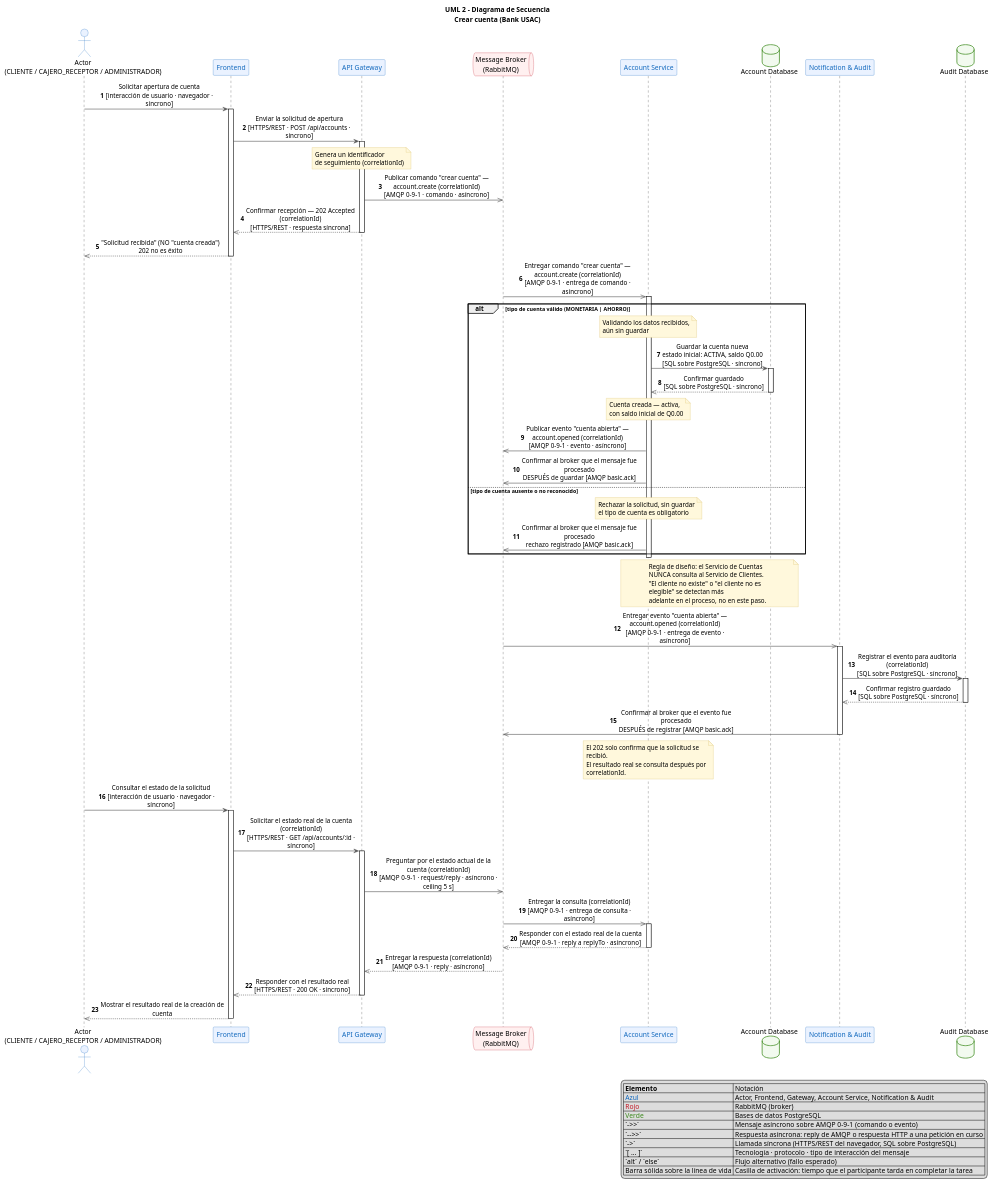
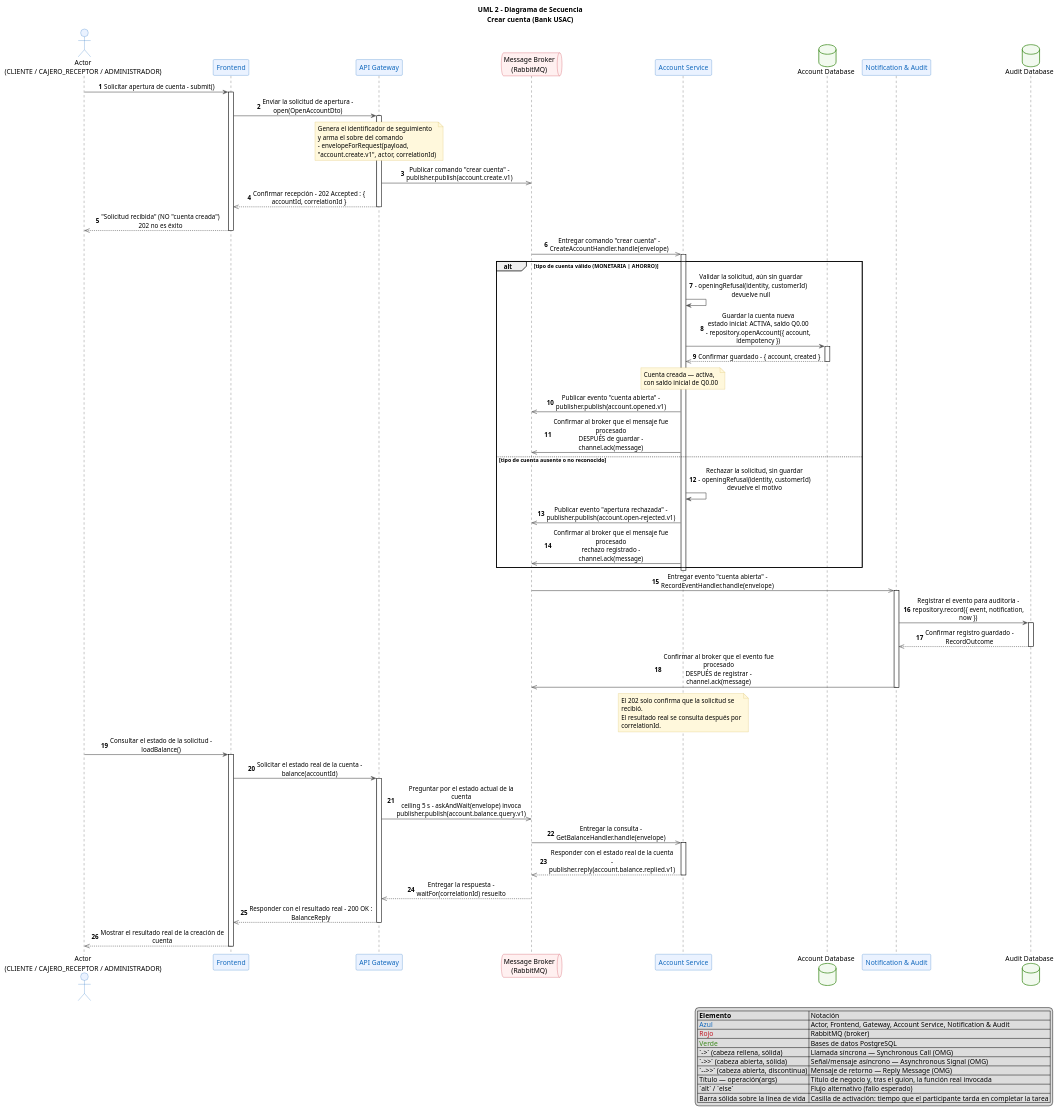
One commit to marcosbondel/Proyecto-SA-B-2 changed the diagram in docs/architecture/diagrams/06-uml-secuencia-crear-cuenta.puml. Above: the diagram before and after it, drawn with PlantUML. The commit also changed 38 other files, not shown here.

Commit message:
feat: implement core banking modules, infrastructure architecture diagrams, and user documentation

```diff
--- a/docs/architecture/diagrams/06-uml-secuencia-crear-cuenta.puml
+++ b/docs/architecture/diagrams/06-uml-secuencia-crear-cuenta.puml
@@ -1,135 +1,132 @@
-@startuml
-' Bank USAC - UML 2 Sequence Diagram - Crear cuenta
-' Caso de uso 2 (docs/domain/use-cases.md). Misma estructura y convenciones que el
-' Mermaid equivalente (06-uml-secuencia-crear-cuenta.mmd); ambos deben coincidir.
-' Las casillas de activacion (activate/deactivate) muestran cuanto tiempo mantiene
-' cada participante una tarea en curso.
-' Cada mensaje declara la accion de negocio y, entre corchetes, su tecnologia,
-' protocolo y tipo de interaccion (sincrona o asincrona; comando, evento o
-' request/reply), como exige el enunciado (§4.2, "Tipo de comunicacion").
+  @startuml
+  ' Bank USAC - UML 2 Sequence Diagram - Crear cuenta
+  ' Caso de uso 2 (docs/domain/use-cases.md).
+  ' Notacion UML 2 nativa (OMG, Sequence Diagram §17.4.4 / §17.11 Message): la
+  ' etiqueta de cada mensaje lleva unicamente el nombre de la operacion/senal
+  ' invocada (y sus argumentos), nunca el protocolo ni la sincronia. Esas dos
+  ' cosas se leen en la firma grafica de la flecha:
+  '   ->   cabeza rellena, linea solida  -> llamada sincrona (Synchronous Call)
+  '   ->>  cabeza abierta,  linea solida  -> envio de senal/mensaje asincrono
+  '                                          (Asynchronous Signal)
+  '   -->> cabeza abierta,  linea discontinua -> mensaje de retorno (Reply Message)
+  ' Cada mensaje trae ademas un titulo para stakeholders (la accion de negocio
+  ' que representa) seguido, tras un guion, del nombre real de la funcion que la
+  ' realiza en el codigo — verificado contra el repositorio, no inventado.
+  ' Las casillas de activacion (activate/deactivate) muestran cuanto tiempo
+  ' mantiene cada participante una tarea en curso.
 
-title UML 2 - Diagrama de Secuencia\nCrear cuenta (Bank USAC)
+  title UML 2 - Diagrama de Secuencia\nCrear cuenta (Bank USAC)
 
-skinparam shadowing false
-skinparam defaultFontName "Segoe UI"
-skinparam ArrowColor #555555
-skinparam ArrowThickness 1.2
-skinparam sequenceMessageAlign center
-skinparam maxMessageSize 260
-skinparam wrapWidth 260
-skinparam noteBackgroundColor #FFF8DC
-skinparam noteBorderColor #D6B656
-skinparam ParticipantBorderColor #1168BD
-skinparam ParticipantBackgroundColor #EAF2FF
-skinparam ParticipantFontColor #1168BD
-skinparam ActorBorderColor #1168BD
-skinparam ActorBackgroundColor #EAF2FF
-skinparam QueueBorderColor #C11926
-skinparam QueueBackgroundColor #FFF0F0
-skinparam DatabaseBorderColor #398819
-skinparam DatabaseBackgroundColor #F2FAEF
-skinparam LifeLineBorderColor #1168BD
-skinparam ActivationBorderColor #1168BD
-skinparam ActivationBackgroundColor #C6DBF7
+  skinparam shadowing false
+  skinparam defaultFontName "Segoe UI"
+  skinparam ArrowColor #555555
+  skinparam ArrowThickness 1.2
+  skinparam sequenceMessageAlign center
+  skinparam maxMessageSize 260
+  skinparam wrapWidth 260
+  skinparam noteBackgroundColor #FFF8DC
+  skinparam noteBorderColor #D6B656
+  skinparam ParticipantBorderColor #1168BD
+  skinparam ParticipantBackgroundColor #EAF2FF
+  skinparam ParticipantFontColor #1168BD
+  skinparam ActorBorderColor #1168BD
+  skinparam ActorBackgroundColor #EAF2FF
+  skinparam QueueBorderColor #C11926
+  skinparam QueueBackgroundColor #FFF0F0
+  skinparam DatabaseBorderColor #398819
+  skinparam DatabaseBackgroundColor #F2FAEF
+  skinparam LifeLineBorderColor #1168BD
+  skinparam ActivationBorderColor #1168BD
+  skinparam ActivationBackgroundColor #C6DBF7
 
-legend right
-    |= Elemento | Notación |
-    | <color:#1168BD>Azul</color> | Actor, Frontend, Gateway, Account Service, Notification & Audit |
-    | <color:#C11926>Rojo</color> | RabbitMQ (broker) |
-    | <color:#398819>Verde</color> | Bases de datos PostgreSQL |
-    | `->>` | Mensaje asíncrono sobre AMQP 0-9-1 (comando o evento) |
-    | `-->>` | Respuesta asíncrona: reply de AMQP o respuesta HTTP a una petición en curso |
-    | `->` | Llamada síncrona (HTTPS/REST del navegador, SQL sobre PostgreSQL) |
-    | `[ … ]` | Tecnología · protocolo · tipo de interacción del mensaje |
-    | `alt` / `else` | Flujo alternativo (fallo esperado) |
-    | Barra sólida sobre la línea de vida | Casilla de activación: tiempo que el participante tarda en completar la tarea |
-endlegend
+  legend right
+      |= Elemento | Notación |
+      | <color:#1168BD>Azul</color> | Actor, Frontend, Gateway, Account Service, Notification & Audit |
+      | <color:#C11926>Rojo</color> | RabbitMQ (broker) |
+      | <color:#398819>Verde</color> | Bases de datos PostgreSQL |
+      | `->` (cabeza rellena, sólida) | Llamada síncrona — Synchronous Call (OMG) |
+      | `->>` (cabeza abierta, sólida) | Señal/mensaje asíncrono — Asynchronous Signal (OMG) |
+      | `-->>` (cabeza abierta, discontinua) | Mensaje de retorno — Reply Message (OMG) |
+      | Título — operación(args) | Título de negocio y, tras el guion, la función real invocada |
+      | `alt` / `else` | Flujo alternativo (fallo esperado) |
+      | Barra sólida sobre la línea de vida | Casilla de activación: tiempo que el participante tarda en completar la tarea |
+  endlegend
 
-actor "Actor\n(CLIENTE / CAJERO_RECEPTOR / ADMINISTRADOR)" as Actor
-participant "Frontend" as Frontend
-participant "API Gateway" as Gateway
-queue "Message Broker\n(RabbitMQ)" as Broker
-participant "Account Service" as Account
-database "Account Database" as AccountDB
-participant "Notification & Audit" as Notif
-database "Audit Database" as AuditDB
+  actor "Actor\n(CLIENTE / CAJERO_RECEPTOR / ADMINISTRADOR)" as Actor
+  participant "Frontend" as Frontend
+  participant "API Gateway" as Gateway
+  queue "Message Broker\n(RabbitMQ)" as Broker
+  participant "Account Service" as Account
+  database "Account Database" as AccountDB
+  participant "Notification & Audit" as Notif
+  database "Audit Database" as AuditDB
 
-autonumber
+  autonumber
 
-Actor -> Frontend : Solicitar apertura de cuenta\n[interacción de usuario · navegador · síncrono]
-activate Frontend
-Frontend -> Gateway : Enviar la solicitud de apertura\n[HTTPS/REST · POST /api/accounts · síncrono]
-activate Gateway
-note over Gateway
-  Genera un identificador
-  de seguimiento (correlationId)
-end note
+  Actor -> Frontend : Solicitar apertura de cuenta - submit()
+  activate Frontend
+  Frontend -> Gateway : Enviar la solicitud de apertura - open(OpenAccountDto)
+  activate Gateway
+  note over Gateway
+    Genera el identificador de seguimiento
+    y arma el sobre del comando
+    - envelopeForRequest(payload, "account.create.v1", actor, correlationId)
+  end note
 
-Gateway ->> Broker : Publicar comando "crear cuenta" — account.create (correlationId)\n[AMQP 0-9-1 · comando · asíncrono]
-Gateway -->> Frontend : Confirmar recepción — 202 Accepted (correlationId)\n[HTTPS/REST · respuesta síncrona]
-deactivate Gateway
-Frontend -->> Actor : "Solicitud recibida" (NO "cuenta creada")\n202 no es éxito
-deactivate Frontend
+  Gateway ->> Broker : Publicar comando "crear cuenta" - publisher.publish(account.create.v1)
+  Gateway -->> Frontend : Confirmar recepción - 202 Accepted : { accountId, correlationId }
+  deactivate Gateway
+  Frontend -->> Actor : "Solicitud recibida" (NO "cuenta creada")\n202 no es éxito
+  deactivate Frontend
 
-Broker ->> Account : Entregar comando "crear cuenta" — account.create (correlationId)\n[AMQP 0-9-1 · entrega de comando · asíncrono]
-activate Account
+  Broker ->> Account : Entregar comando "crear cuenta" - CreateAccountHandler.handle(envelope)
+  activate Account
 
-alt tipo de cuenta válido (MONETARIA | AHORRO)
-    note over Account
-      Validando los datos recibidos,
-      aún sin guardar
-    end note
-    Account -> AccountDB : Guardar la cuenta nueva\nestado inicial: ACTIVA, saldo Q0.00\n[SQL sobre PostgreSQL · síncrono]
-    activate AccountDB
-    AccountDB -->> Account : Confirmar guardado\n[SQL sobre PostgreSQL · síncrono]
-    deactivate AccountDB
-    note over Account
-      Cuenta creada — activa,
-      con saldo inicial de Q0.00
-    end note
-    Account ->> Broker : Publicar evento "cuenta abierta" — account.opened (correlationId)\n[AMQP 0-9-1 · evento · asíncrono]
-    Account ->> Broker : Confirmar al broker que el mensaje fue procesado\nDESPUÉS de guardar [AMQP basic.ack]
-else tipo de cuenta ausente o no reconocido
-    note over Account
-      Rechazar la solicitud, sin guardar
-      el tipo de cuenta es obligatorio
-    end note
-    Account ->> Broker : Confirmar al broker que el mensaje fue procesado\nrechazo registrado [AMQP basic.ack]
-end
-deactivate Account
+  alt tipo de cuenta válido (MONETARIA | AHORRO)
+      Account -> Account : Validar la solicitud, aún sin guardar\n- openingRefusal(identity, customerId) devuelve null
+      Account -> AccountDB : Guardar la cuenta nueva\nestado inicial: ACTIVA, saldo Q0.00\n- repository.openAccount({ account, idempotency })
+      activate AccountDB
+      AccountDB -->> Account : Confirmar guardado - { account, created }
+      deactivate AccountDB
+      note over Account
+        Cuenta creada — activa,
+        con saldo inicial de Q0.00
+      end note
+      Account ->> Broker : Publicar evento "cuenta abierta" - publisher.publish(account.opened.v1)
+      Account ->> Broker : Confirmar al broker que el mensaje fue procesado\nDESPUÉS de guardar - channel.ack(message)
+  else tipo de cuenta ausente o no reconocido
+      Account -> Account : Rechazar la solicitud, sin guardar\n- openingRefusal(identity, customerId) devuelve el motivo
+      Account ->> Broker : Publicar evento "apertura rechazada" - publisher.publish(account.open-rejected.v1)
+      Account ->> Broker : Confirmar al broker que el mensaje fue procesado\nrechazo registrado - channel.ack(message)
+  end
+  deactivate Account
 
-note over Account, AccountDB
-  Regla de diseño: el Servicio de Cuentas NUNCA consulta al Servicio de Clientes.
-  "El cliente no existe" o "el cliente no es elegible" se detectan más
-  adelante en el proceso, no en este paso.
-end note
+  Broker ->> Notif : Entregar evento "cuenta abierta" - RecordEventHandler.handle(envelope)
+  activate Notif
+  Notif -> AuditDB : Registrar el evento para auditoría - repository.record({ event, notification, now })
+  activate AuditDB
+  AuditDB -->> Notif : Confirmar registro guardado - RecordOutcome
+  deactivate AuditDB
+  Notif ->> Broker : Confirmar al broker que el evento fue procesado\nDESPUÉS de registrar - channel.ack(message)
+  deactivate Notif
 
-Broker ->> Notif : Entregar evento "cuenta abierta" — account.opened (correlationId)\n[AMQP 0-9-1 · entrega de evento · asíncrono]
-activate Notif
-Notif -> AuditDB : Registrar el evento para auditoría (correlationId)\n[SQL sobre PostgreSQL · síncrono]
-activate AuditDB
-AuditDB -->> Notif : Confirmar registro guardado\n[SQL sobre PostgreSQL · síncrono]
-deactivate AuditDB
-Notif ->> Broker : Confirmar al broker que el evento fue procesado\nDESPUÉS de registrar [AMQP basic.ack]
-deactivate Notif
+  note over Account
+    El 202 solo confirma que la solicitud se recibió.
+    El resultado real se consulta después por correlationId.
+  end note
 
-note over Account
-  El 202 solo confirma que la solicitud se recibió.
-  El resultado real se consulta después por correlationId.
-end note
-
-Actor -> Frontend : Consultar el estado de la solicitud\n[interacción de usuario · navegador · síncrono]
-activate Frontend
-Frontend -> Gateway : Solicitar el estado real de la cuenta (correlationId)\n[HTTPS/REST · GET /api/accounts/:id · síncrono]
-activate Gateway
-Gateway ->> Broker : Preguntar por el estado actual de la cuenta (correlationId)\n[AMQP 0-9-1 · request/reply · asíncrono · ceiling 5 s]
-Broker ->> Account : Entregar la consulta (correlationId)\n[AMQP 0-9-1 · entrega de consulta · asíncrono]
-activate Account
-Account -->> Broker : Responder con el estado real de la cuenta\n[AMQP 0-9-1 · reply a replyTo · asíncrono]
-deactivate Account
-Broker -->> Gateway : Entregar la respuesta (correlationId)\n[AMQP 0-9-1 · reply · asíncrono]
-Gateway -->> Frontend : Responder con el resultado real\n[HTTPS/REST · 200 OK · síncrono]
-deactivate Gateway
-Frontend -->> Actor : Mostrar el resultado real de la creación de cuenta
-deactivate Frontend
-@enduml
+  Actor -> Frontend : Consultar el estado de la solicitud - loadBalance()
+  activate Frontend
+  Frontend -> Gateway : Solicitar el estado real de la cuenta - balance(accountId)
+  activate Gateway
+  Gateway ->> Broker : Preguntar por el estado actual de la cuenta\nceiling 5 s - askAndWait(envelope) invoca publisher.publish(account.balance.query.v1)
+  Broker ->> Account : Entregar la consulta - GetBalanceHandler.handle(envelope)
+  activate Account
+  Account -->> Broker : Responder con el estado real de la cuenta - publisher.reply(account.balance.replied.v1)
+  deactivate Account
+  Broker -->> Gateway : Entregar la respuesta - waitFor(correlationId) resuelto
+  Gateway -->> Frontend : Responder con el resultado real - 200 OK : BalanceReply
+  deactivate Gateway
+  Frontend -->> Actor : Mostrar el resultado real de la creación de cuenta
+  deactivate Frontend
+  @enduml
```
